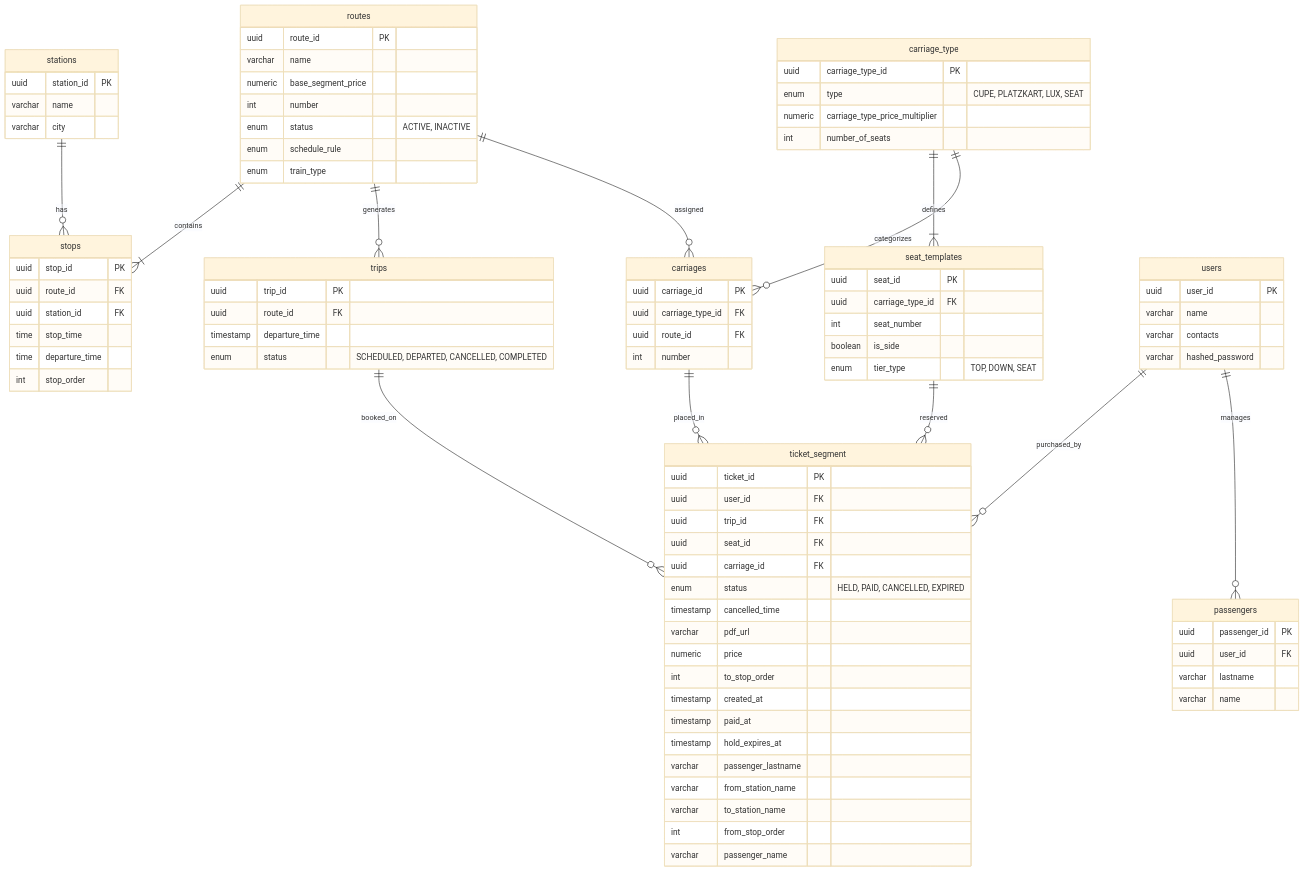
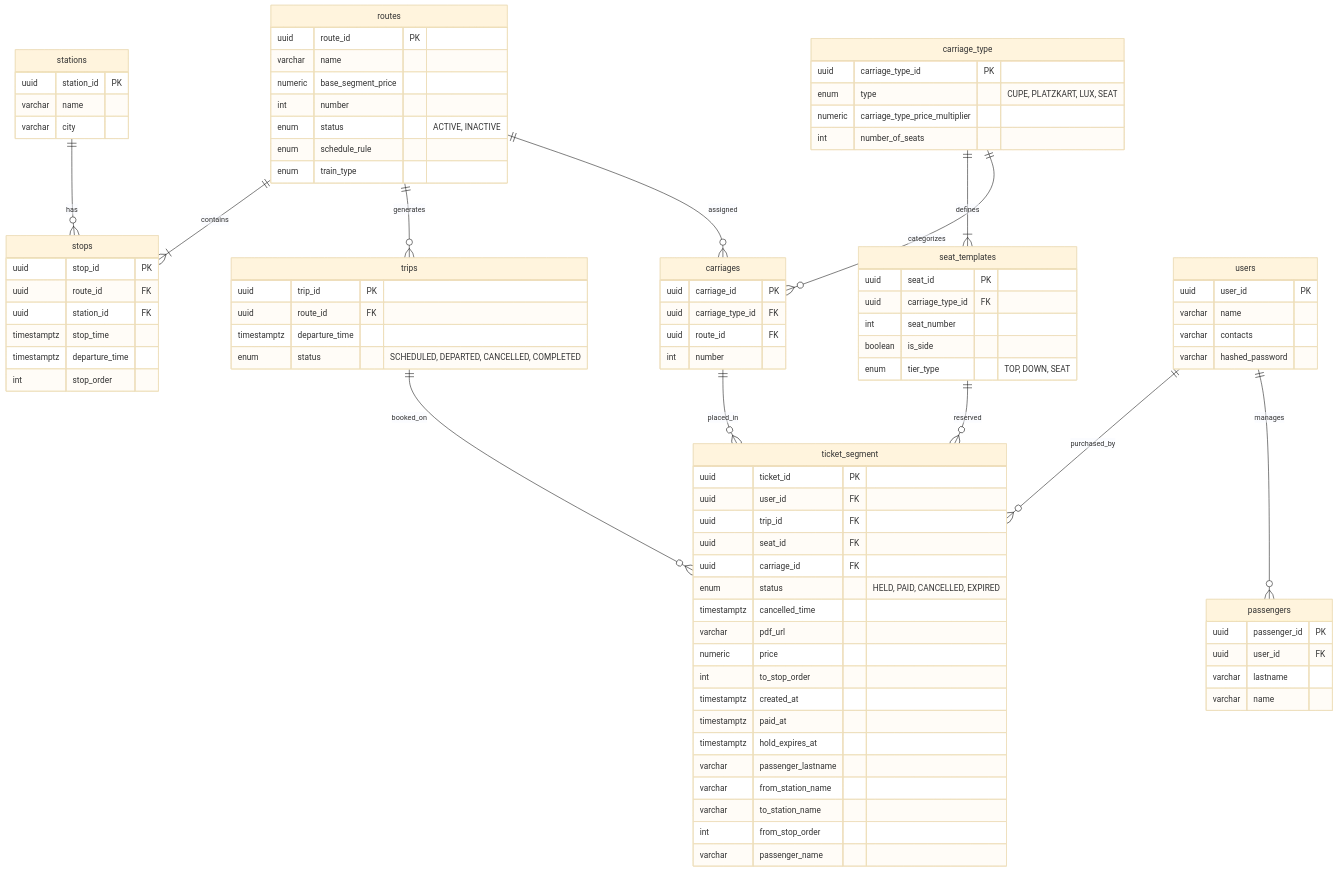
The diagram in docs/model.mmd (gun-flud/EasyRail-API), drawn with Mermaid (base theme) before and after one commit. The commit also changed 3 other files, not shown here.

```diff
--- a/docs/model.mmd
+++ b/docs/model.mmd
@@ -1,101 +1,101 @@
 erDiagram
     stations ||--o{ stops : "has"
     routes ||--|{ stops : "contains"
     routes ||--o{ trips : "generates"
     routes ||--o{ carriages : "assigned"
     carriage_type ||--|{ seat_templates : "defines"
     carriage_type ||--o{ carriages : "categorizes"
     seat_templates ||--o{ ticket_segment : "reserved"
     carriages ||--o{ ticket_segment : "placed_in"
     trips ||--o{ ticket_segment : "booked_on"
     users ||--o{ ticket_segment : "purchased_by"
     users ||--o{ passengers : "manages"
 
     stations {
         uuid station_id PK
         varchar name
         varchar city
     }
 
     stops {
         uuid stop_id PK
         uuid route_id FK
         uuid station_id FK
-        time stop_time
-        time departure_time
+        timestamptz stop_time
+        timestamptz departure_time
         int stop_order
     }
 
     routes {
         uuid route_id PK
         varchar name
         numeric base_segment_price
         int number
         enum status "ACTIVE, INACTIVE"
         enum schedule_rule
         enum train_type
     }
 
     carriage_type {
         uuid carriage_type_id PK
         enum type "CUPE, PLATZKART, LUX, SEAT"
         numeric carriage_type_price_multiplier
         int number_of_seats
     }
 
     seat_templates {
         uuid seat_id PK
         uuid carriage_type_id FK
         int seat_number
         boolean is_side
         enum tier_type "TOP, DOWN, SEAT"
     }
 
     carriages {
         uuid carriage_id PK
         uuid carriage_type_id FK
         uuid route_id FK
         int number
     }
 
     trips {
         uuid trip_id PK
         uuid route_id FK
-        timestamp departure_time
+        timestamptz departure_time
         enum status "SCHEDULED, DEPARTED, CANCELLED, COMPLETED"
     }
 
     ticket_segment {
         uuid ticket_id PK
         uuid user_id FK
         uuid trip_id FK
         uuid seat_id FK
         uuid carriage_id FK
         enum status "HELD, PAID, CANCELLED, EXPIRED"
-        timestamp cancelled_time
+        timestamptz cancelled_time
         varchar pdf_url
         numeric price
         int to_stop_order
-        timestamp created_at
-        timestamp paid_at
-        timestamp hold_expires_at
+        timestamptz created_at
+        timestamptz paid_at
+        timestamptz hold_expires_at
         varchar passenger_lastname
         varchar from_station_name
         varchar to_station_name
         int from_stop_order
         varchar passenger_name
     }
 
     users {
         uuid user_id PK
         varchar name
         varchar contacts
         varchar hashed_password
     }
 
     passengers {
         uuid passenger_id PK
         uuid user_id FK
         varchar lastname
         varchar name
     }
```
